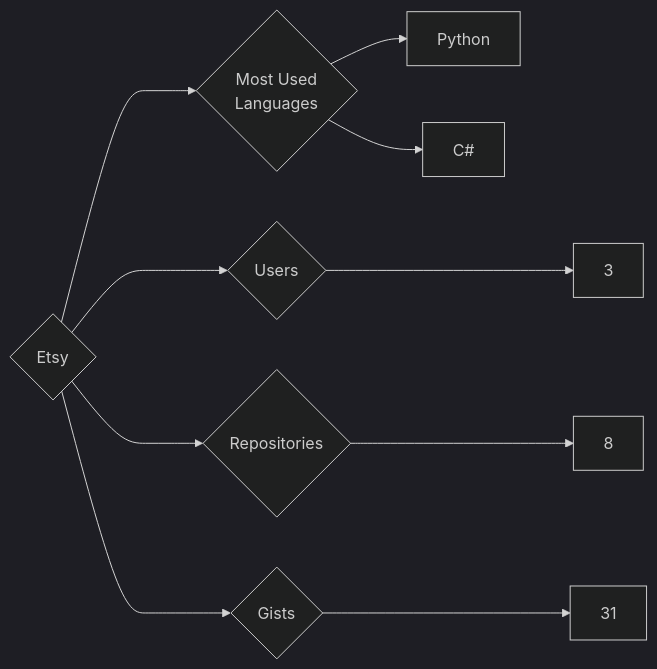
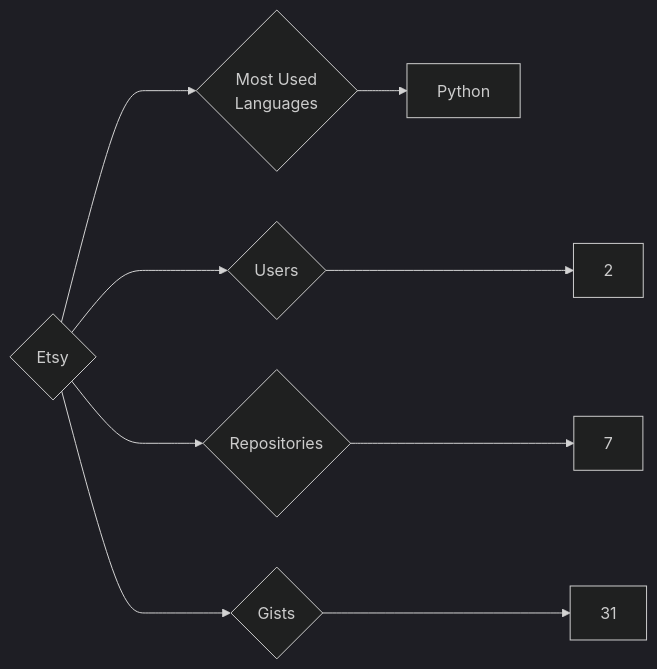
The diagram in targets/Etsy/README.md (trickest/insiders), drawn with Mermaid (dark theme) before and after one commit. The commit also changed 783 other files, not shown here.

````diff
--- a/targets/Etsy/README.md
+++ b/targets/Etsy/README.md
@@ -3,10 +3,9 @@
 ```mermaid
 graph LR
 COMPANY_NAME{Etsy}
-COMPANY_NAME ---> U{Users} ---> UN[3]
-COMPANY_NAME ---> R{Repositories} ---> RN[8]
+COMPANY_NAME ---> U{Users} ---> UN[2]
+COMPANY_NAME ---> R{Repositories} ---> RN[7]
 COMPANY_NAME ---> G{Gists} ---> GN[31]
 COMPANY_NAME ---> ML{Most Used<br>Languages}
 ML --> Python[Python]
-ML --> C#[C#]
 ```
````
